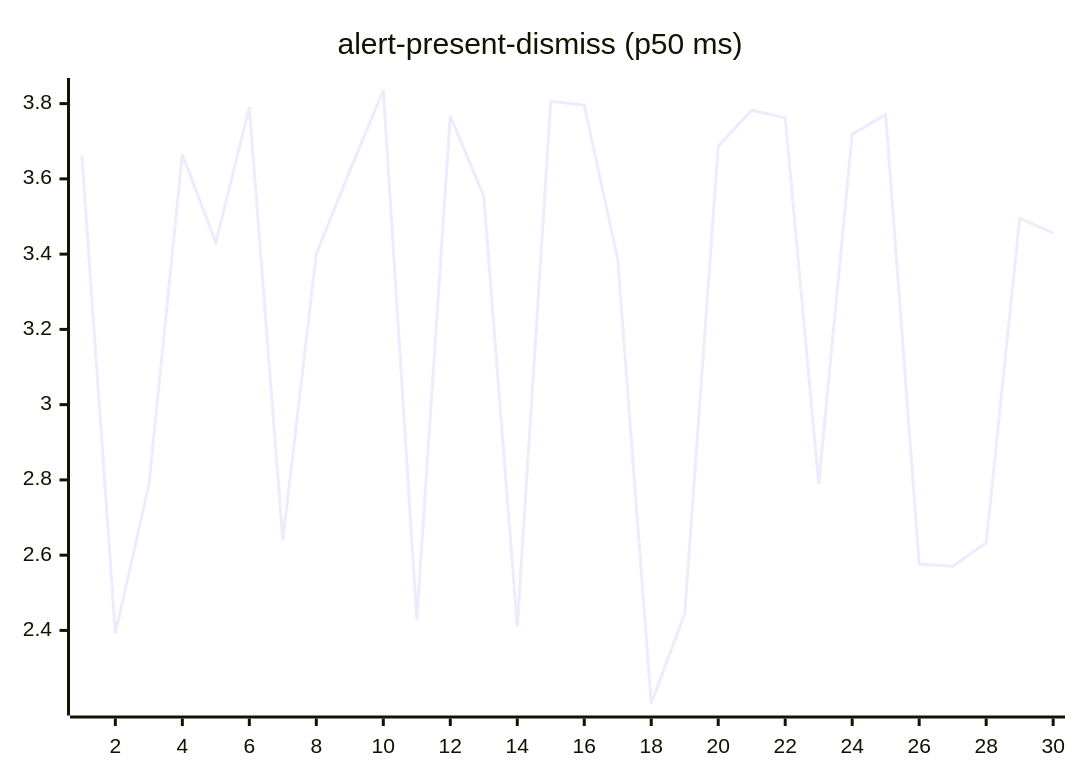
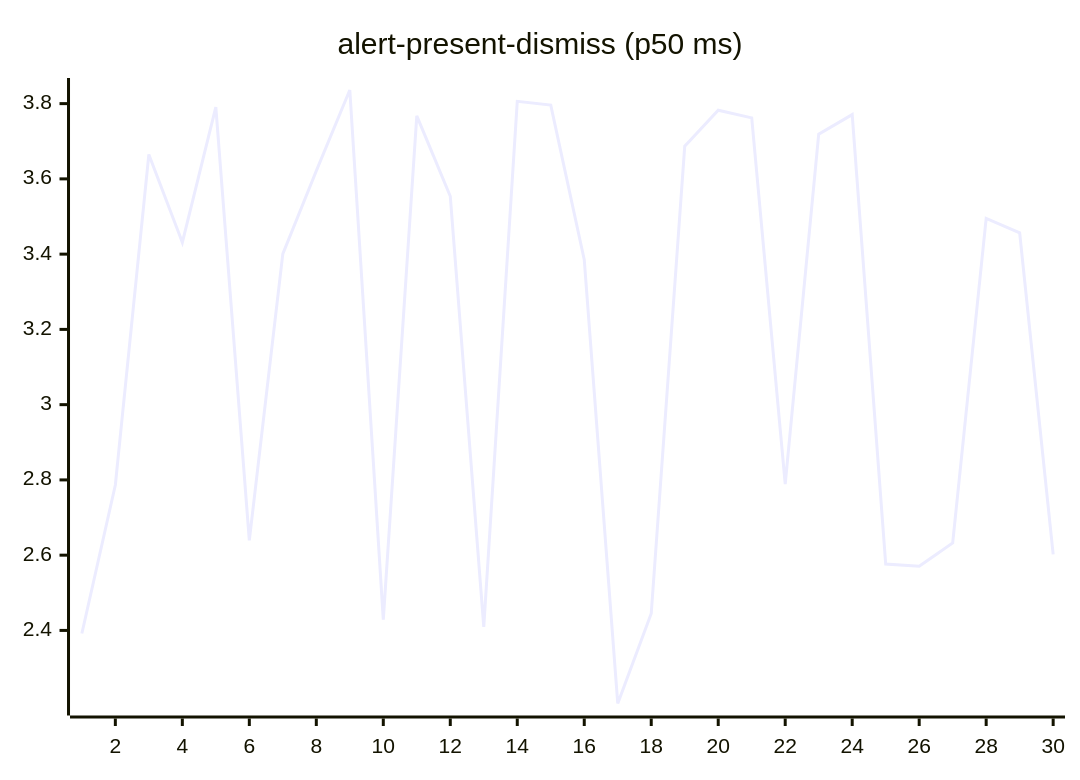
The second of 27 diagrams in README.md (josha/Facet), drawn with Mermaid before and after one commit. The commit also changed other lines of this file and 2 other files, not shown here.

````diff
--- a/README.md
+++ b/README.md
@@ -70,6 +70,6 @@
 ```mermaid
 xychart-beta
     title "alert-present-dismiss (p50 ms)"
     x-axis 1 --> 30
-    line [3.6611, 2.3918, 2.7865, 3.6648, 3.4312, 3.7906, 2.6392, 3.4008, 3.6212, 3.8362, 2.4288, 3.7676, 3.5538, 2.4095, 3.8060, 3.7961, 3.3851, 2.2058, 2.4450, 3.6869, 3.7826, 3.7621, 2.7891, 3.7187, 3.7708, 2.5766, 2.5704, 2.6324, 3.4949, 3.4566]
+    line [2.3918, 2.7865, 3.6648, 3.4312, 3.7906, 2.6392, 3.4008, 3.6212, 3.8362, 2.4288, 3.7676, 3.5538, 2.4095, 3.8060, 3.7961, 3.3851, 2.2058, 2.4450, 3.6869, 3.7826, 3.7621, 2.7891, 3.7187, 3.7708, 2.5766, 2.5704, 2.6324, 3.4949, 3.4566, 2.6019]
 ```
````
